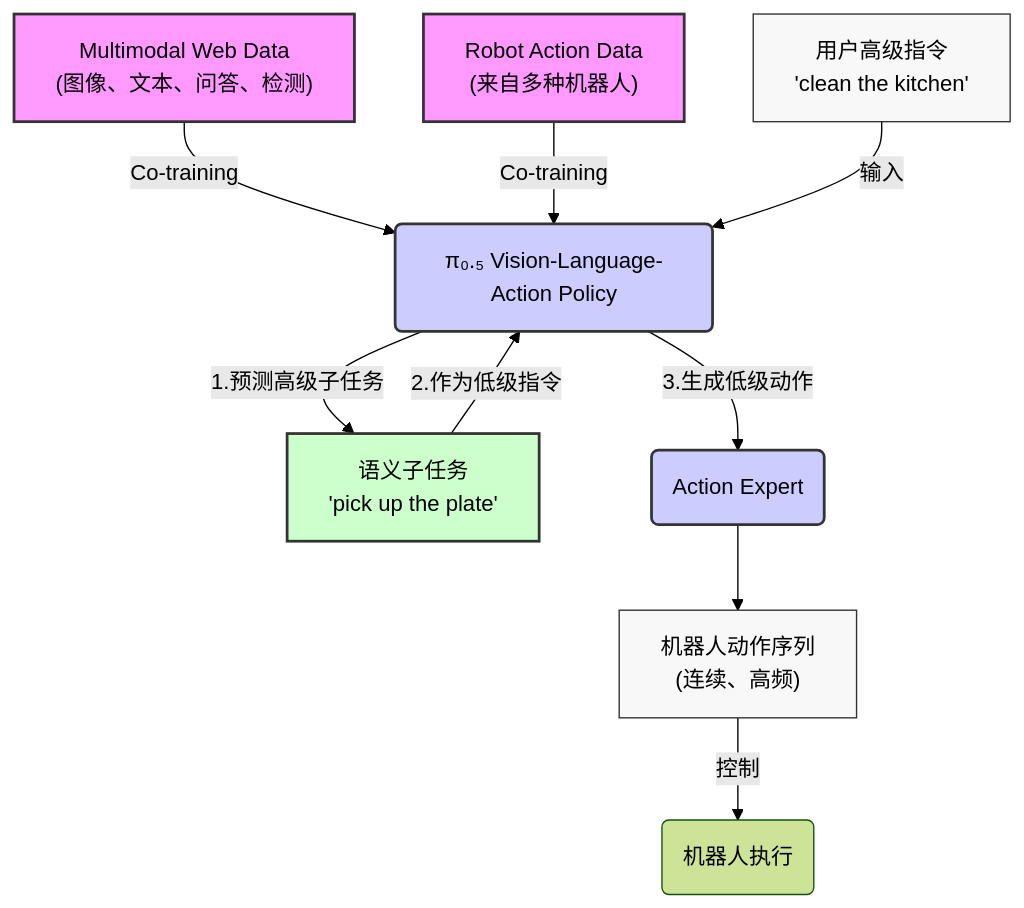
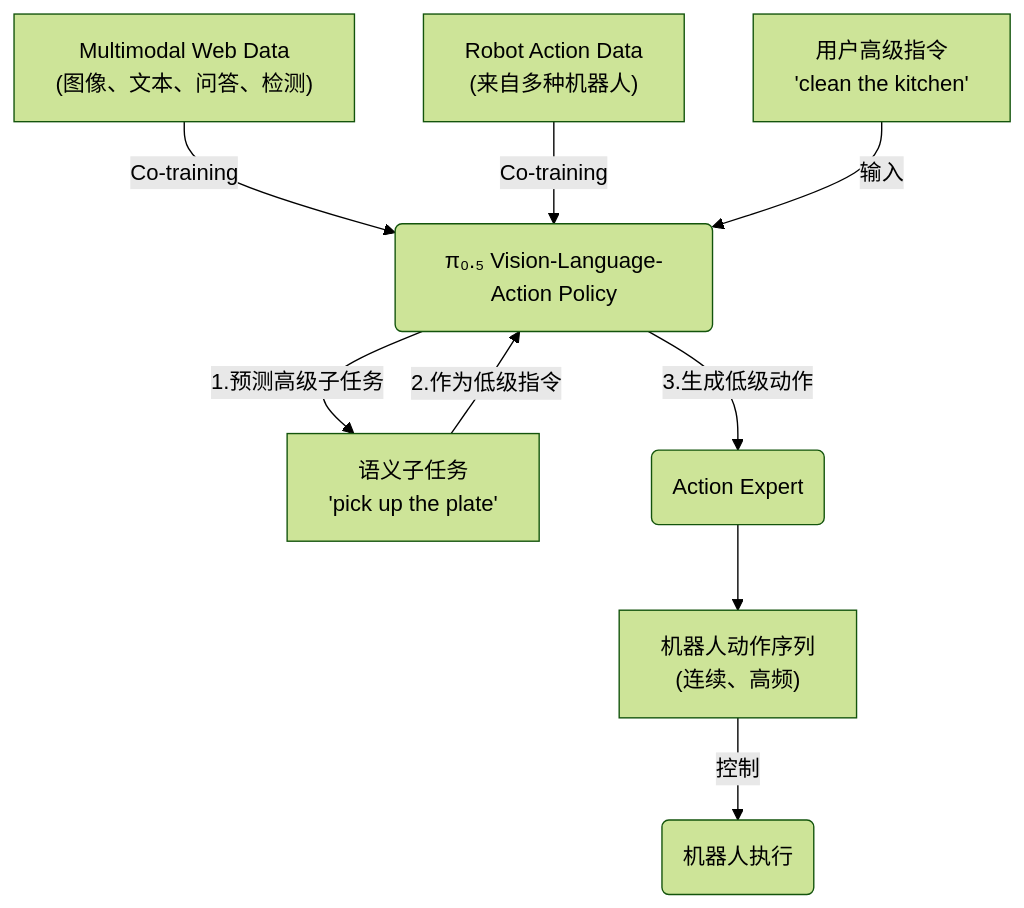
Before and after one commit to TropinoneH/knowledge_base: the diagram in knowledge/paper/pi0.5.md, drawn with Mermaid (forest theme). The commit also changed 1 other file, not shown here.

````diff
--- a/knowledge/paper/pi0.5.md
+++ b/knowledge/paper/pi0.5.md
@@ -18,22 +18,19 @@
 ```mermaid
 graph TD
-    classDef data fill:#f9f,stroke:#333,stroke-width:2px;
-    classDef model fill:#ccf,stroke:#333,stroke-width:2px;
-    classDef process fill:#cfc,stroke:#333,stroke-width:2px;
-    classDef io fill:#f8f8f8,stroke:#333,stroke-width:1px;
+
     %% 输入数据源
-    WebData["Multimodal Web Data <br> (图像、文本、问答、检测)"]:::data
-    RobotActionData["Robot Action Data <br> (来自多种机器人)"]:::data
+    WebData["Multimodal Web Data <br> (图像、文本、问答、检测)"]
+    RobotActionData["Robot Action Data <br> (来自多种机器人)"]
     %% 模型核心
-    WebData -- "Co-training" --> Pi05("π₀.₅ Vision-Language-Action Policy"):::model
+    WebData -- "Co-training" --> Pi05("π₀.₅ Vision-Language-Action Policy")
     RobotActionData -- "Co-training" --> Pi05
     %% 推理流程
-    UserPrompt["用户高级指令 <br> 'clean the kitchen'"]:::io
+    UserPrompt["用户高级指令 <br> 'clean the kitchen'"]
     UserPrompt -- "输入" --> Pi05
-    Pi05 -- "1.预测高级子任务" --> Subtask["语义子任务 <br> 'pick up the plate'"]:::process
+    Pi05 -- "1.预测高级子任务" --> Subtask["语义子任务 <br> 'pick up the plate'"]
     Subtask -- "2.作为低级指令" --> Pi05
     Pi05 -- "3.生成低级动作" --> ActionExpert(Action Expert)
-    ActionExpert:::model --> RobotAction["机器人动作序列 <br> (连续、高频)"]:::io
+    ActionExpert --> RobotAction["机器人动作序列 <br> (连续、高频)"]
     %% 输出
     RobotAction -- "控制" --> Robot(机器人执行)
 ```
````
